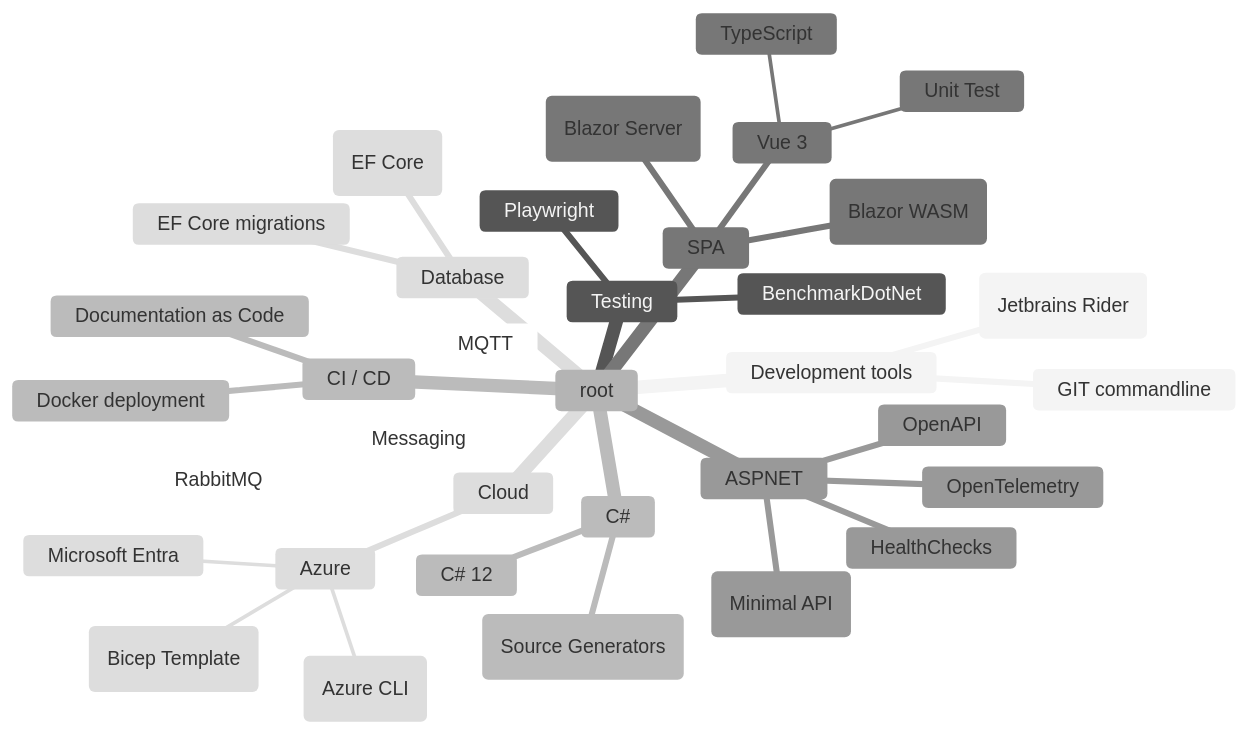
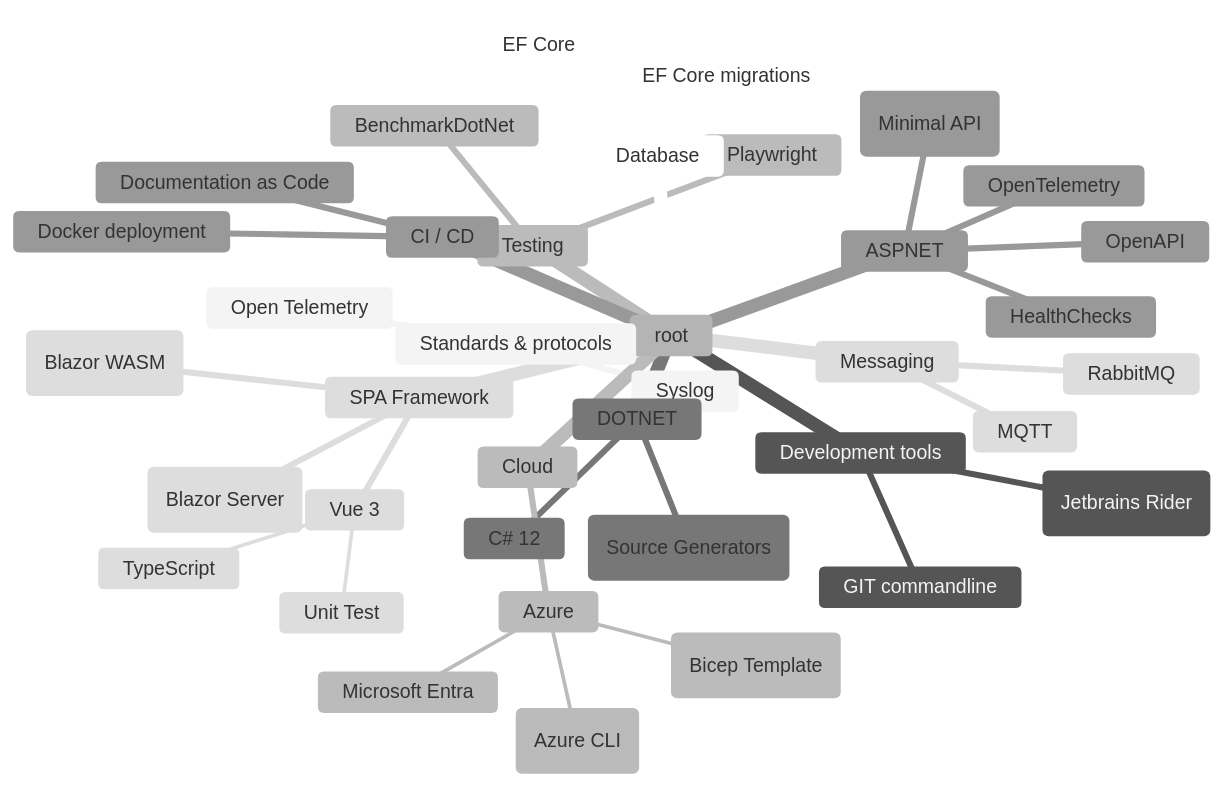
Before and after one commit to renevdhoek/renevdhoek: the second of 2 diagrams in README.md, drawn with Mermaid (neutral theme).

````diff
--- a/README.md
+++ b/README.md
@@ -11,38 +11,41 @@
 ```mermaid
 mindmap
   root
+    Standards & protocols
+        Syslog
+        Open Telemetry
     Development tools      
         GIT commandline
         (Jetbrains Rider)
     Testing
       Playwright
       BenchmarkDotNet
-    C#
+    DOTNET
       C# 12
-      (Source Generators)
-    SPA
+      (Source Generators)    
+    ASPNET
+      HealthChecks
+      OpenAPI
+      OpenTelemetry
+      (Minimal API)
+    SPA Framework
       Vue 3
         Unit Test
         TypeScript
       (Blazor Server)
       (Blazor WASM)
-    ASPNET
-      HealthChecks
-      OpenAPI
-      OpenTelemetry
-      (Minimal API)
     Database
       EF Core migrations
       (EF Core)
     Messaging
       MQTT
       RabbitMQ
     Cloud
       Azure
         Microsoft Entra
         (Bicep Template)
         (Azure CLI)
     CI / CD
       Docker deployment
       Documentation as Code
 ```
````
